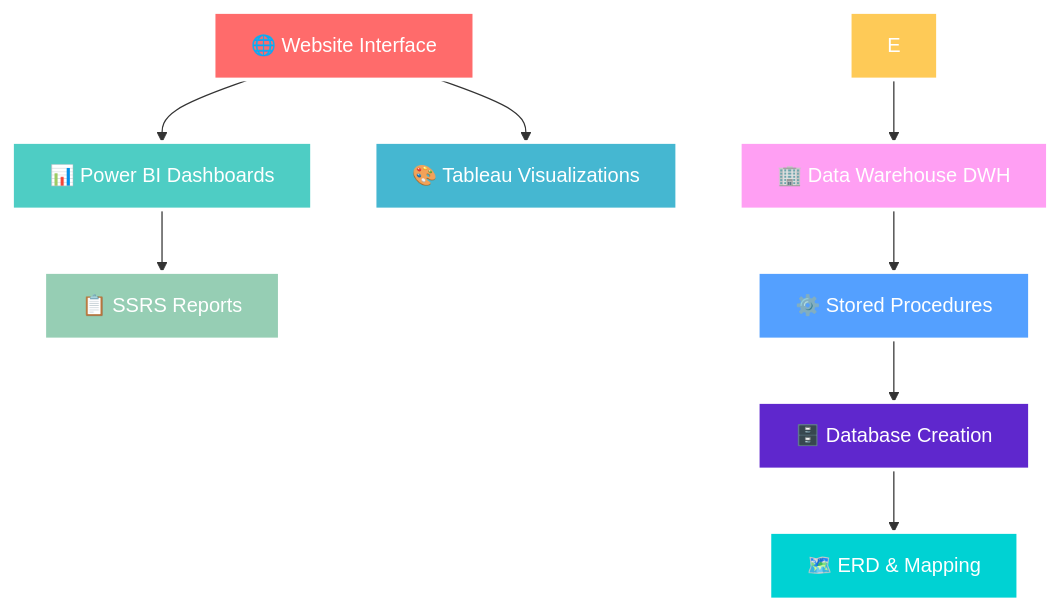
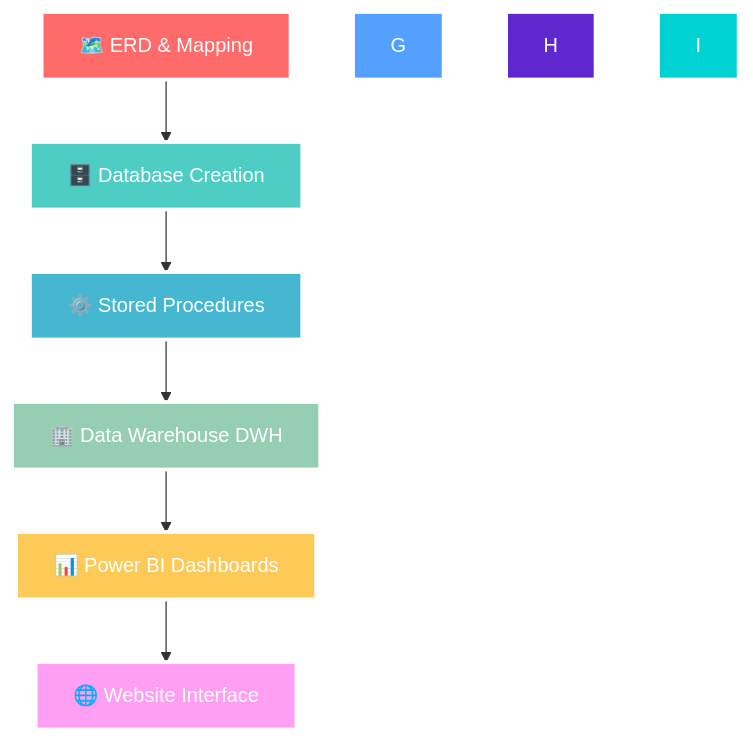
The diagram in README.md (ZiadSharaf/ITI-Examination-System), drawn with Mermaid before and after one commit.

````diff
--- a/README.md
+++ b/README.md
@@ -77,20 +77,18 @@
 ```mermaid
 graph TB
-   A[🌐 Website Interface] --> B[📊 Power BI Dashboards]
-   A --> C[🎨 Tableau Visualizations]
-   B --> D[📋 SSRS Reports]
-   E --> F[🏢 Data Warehouse DWH]
-   F --> G[⚙️ Stored Procedures]
-   G --> H[🗄️ Database Creation]
-   H --> I[🗺️ ERD & Mapping]
+    A[🗺️ ERD & Mapping] --> B[🗄️ Database Creation]
+    B --> C[⚙️ Stored Procedures]
+    C --> D[🏢 Data Warehouse DWH]
+    D --> E[📊 Power BI Dashboards]
+    E --> F[🌐 Website Interface]
    
    style A fill:#ff6b6b,stroke:#fff,stroke-width:3px,color:#fff
    style B fill:#4ecdc4,stroke:#fff,stroke-width:3px,color:#fff
    style C fill:#45b7d1,stroke:#fff,stroke-width:3px,color:#fff
    style D fill:#96ceb4,stroke:#fff,stroke-width:3px,color:#fff
    style E fill:#feca57,stroke:#fff,stroke-width:3px,color:#fff
    style F fill:#ff9ff3,stroke:#fff,stroke-width:3px,color:#fff
    style G fill:#54a0ff,stroke:#fff,stroke-width:3px,color:#fff
    style H fill:#5f27cd,stroke:#fff,stroke-width:3px,color:#fff
    style I fill:#00d2d3,stroke:#fff,stroke-width:3px,color:#fff
 ```
````
